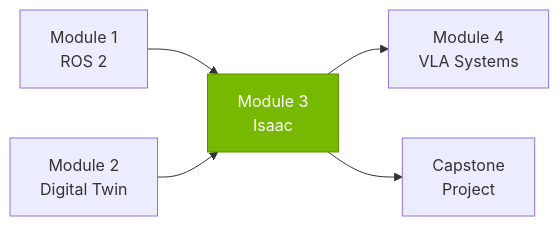
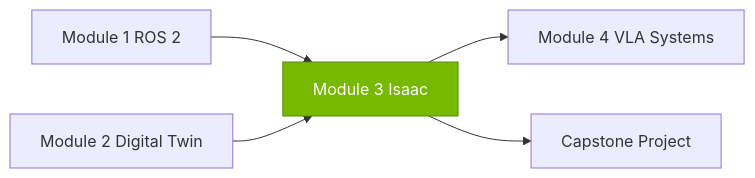
One commit to shakir-hussain1/physical-AI-and-humanoid-robotics-textbook-by-shakir-hussain changed the second of 2 diagrams in docs/modules/module-3-isaac/index.md. Above: the diagram before and after it, drawn with Mermaid. The commit also changed 17 other files, not shown here.

Commit message:
fix: Remove br tags from Mermaid diagrams causing parse errors

````diff
--- a/docs/modules/module-3-isaac/index.md
+++ b/docs/modules/module-3-isaac/index.md
@@ -142,9 +142,9 @@
 ```mermaid
 flowchart LR
-    M1["Module 1<br/>ROS 2"] --> M3["Module 3<br/>Isaac"]
-    M2["Module 2<br/>Digital Twin"] --> M3
-    M3 --> M4["Module 4<br/>VLA Systems"]
-    M3 --> CAP["Capstone<br/>Project"]
+    M1["Module 1 ROS 2"] --> M3["Module 3 Isaac"]
+    M2["Module 2 Digital Twin"] --> M3
+    M3 --> M4["Module 4 VLA Systems"]
+    M3 --> CAP["Capstone Project"]
 
     style M3 fill:#76b900,stroke:#5a8f00,color:#fff
 ```
````
